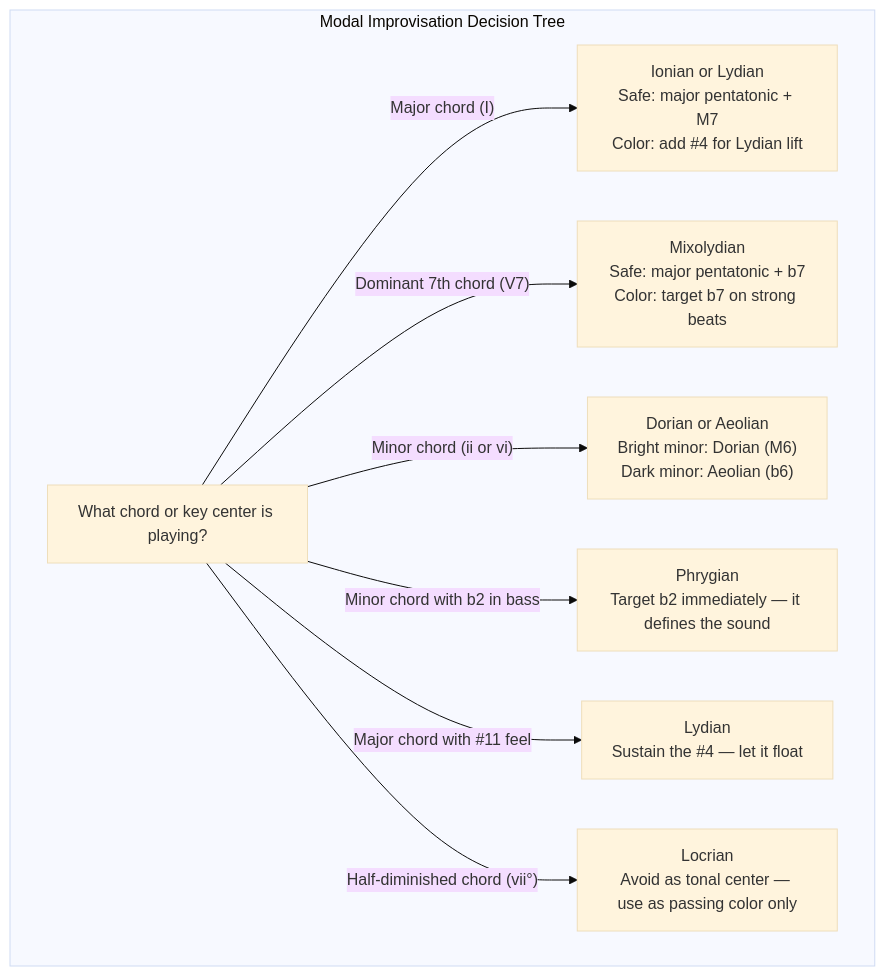
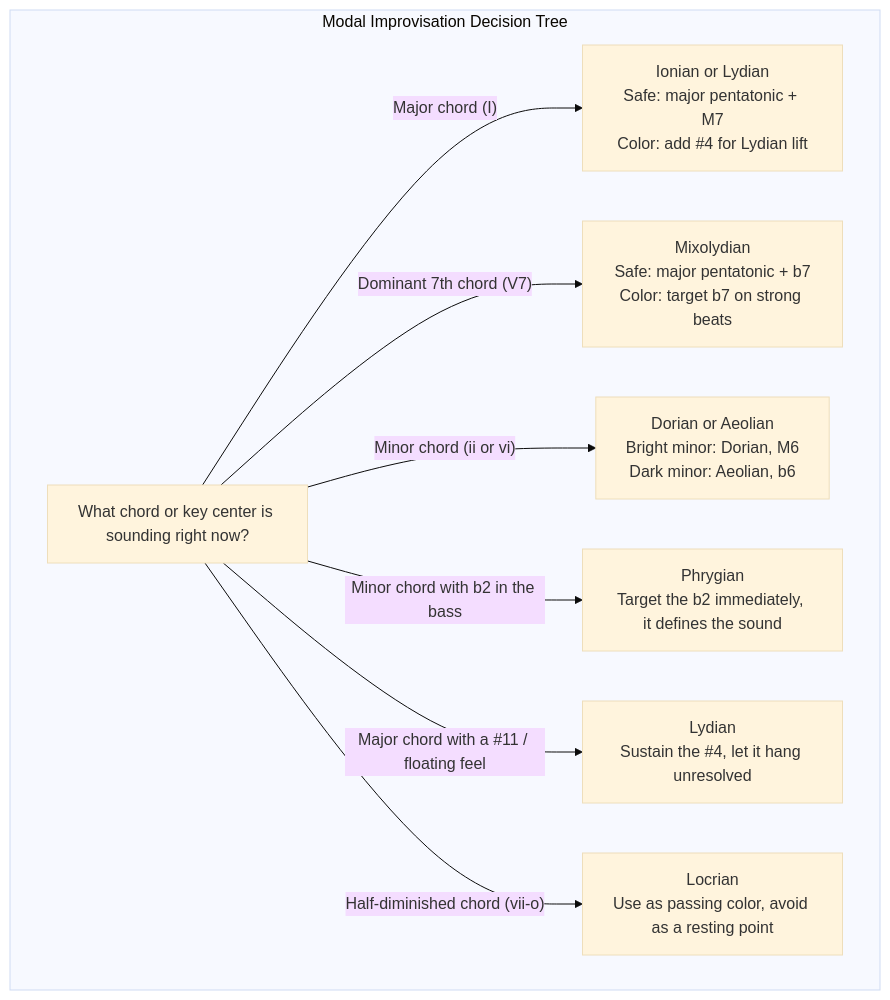
The sixth of 6 diagrams in topics/arts/music_performance/guitar/lesson_03_scales_and_modes.md (blebleblee/synapse), drawn with Mermaid (base theme) before and after one commit. The commit also changed other lines of this file and 2 other files, not shown here.

````diff
--- a/topics/arts/music_performance/guitar/lesson_03_scales_and_modes.md
+++ b/topics/arts/music_performance/guitar/lesson_03_scales_and_modes.md
@@ -588,12 +531,12 @@
 ```mermaid
 flowchart TD
     subgraph sub_improv_decision_tree ["Modal Improvisation Decision Tree"]
-        A["What chord or key center is playing?"]
+        A["What chord or key center is sounding right now?"]
         A -->|"Major chord (I)"| B["Ionian or Lydian<br/>Safe: major pentatonic + M7<br/>Color: add #4 for Lydian lift"]
         A -->|"Dominant 7th chord (V7)"| C["Mixolydian<br/>Safe: major pentatonic + b7<br/>Color: target b7 on strong beats"]
-        A -->|"Minor chord (ii or vi)"| D["Dorian or Aeolian<br/>Bright minor: Dorian (M6)<br/>Dark minor: Aeolian (b6)"]
-        A -->|"Minor chord with b2 in bass"| E["Phrygian<br/>Target b2 immediately — it defines the sound"]
-        A -->|"Major chord with #11 feel"| F["Lydian<br/>Sustain the #4 — let it float"]
-        A -->|"Half-diminished chord (vii°)"| G["Locrian<br/>Avoid as tonal center — use as passing color only"]
+        A -->|"Minor chord (ii or vi)"| D["Dorian or Aeolian<br/>Bright minor: Dorian, M6<br/>Dark minor: Aeolian, b6"]
+        A -->|"Minor chord with b2 in the bass"| E["Phrygian<br/>Target the b2 immediately, it defines the sound"]
+        A -->|"Major chord with a #11 / floating feel"| F["Lydian<br/>Sustain the #4, let it hang unresolved"]
+        A -->|"Half-diminished chord (vii-o)"| G["Locrian<br/>Use as passing color, avoid as a resting point"]
     end
 ```
````
